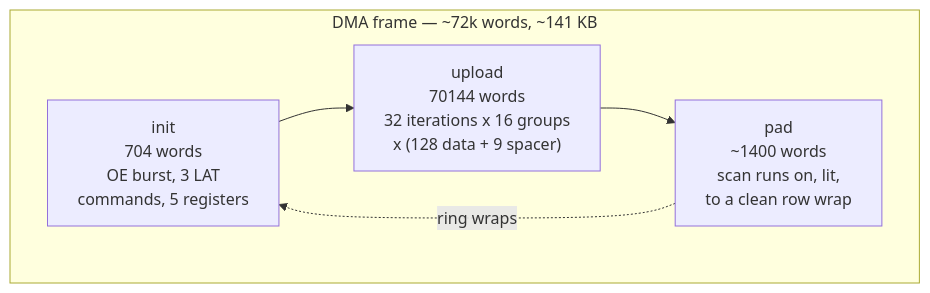
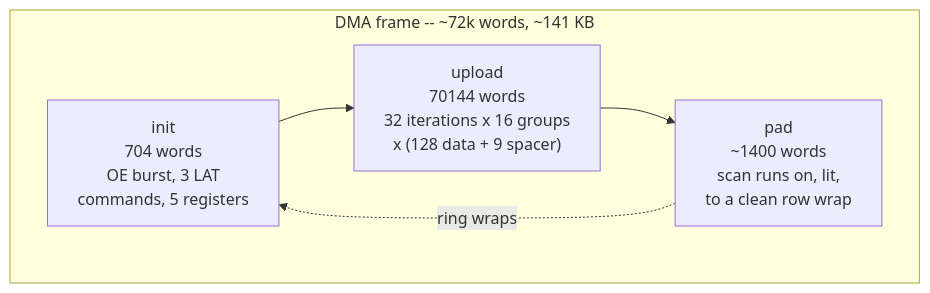
Before and after one commit to cuneytozseker/esp32-spwm-hub75: the fourth of 5 diagrams in docs/ARCHITECTURE.md, drawn with Mermaid. The commit also changed other lines of this file and 1 other file, not shown here.

````diff
--- a/docs/ARCHITECTURE.md
+++ b/docs/ARCHITECTURE.md
@@ -136,11 +136,11 @@
 ```mermaid
 flowchart LR
-    subgraph Frame["DMA frame — ~72k words, ~141 KB"]
+    subgraph Frame["DMA frame -- ~72k words, ~141 KB"]
         direction LR
         I["init<br/>704 words<br/>OE burst, 3 LAT<br/>commands, 5 registers"]
         U["upload<br/>70144 words<br/>32 iterations x 16 groups<br/>x (128 data + 9 spacer)"]
         P["pad<br/>~1400 words<br/>scan runs on, lit,<br/>to a clean row wrap"]
         I --> U --> P
     end
     P -.->|ring wraps| I
 ```
````
